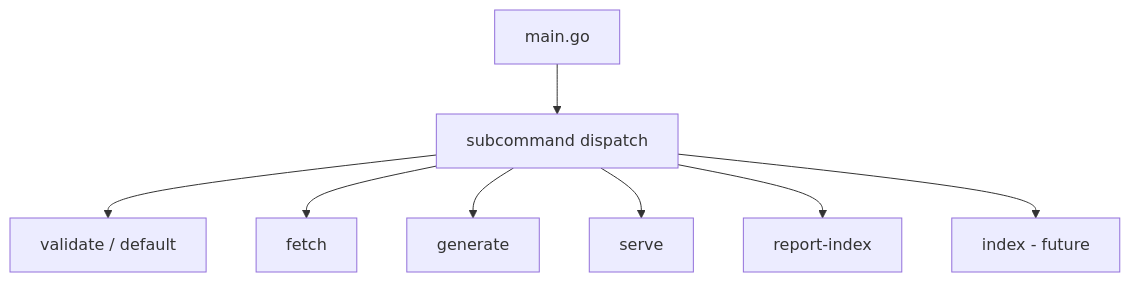
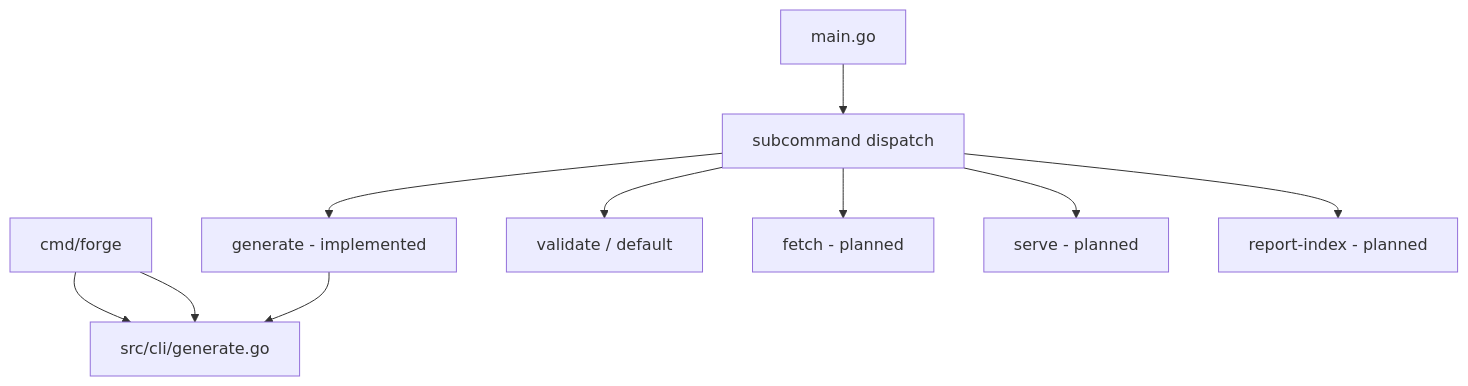
Before and after one commit to ridespirals/vargames-name-gen: the diagram in planning/CLI-STRUCTURE.md, drawn with Mermaid. The commit also changed other lines of this file and 16 other files, not shown here.

````diff
--- a/planning/CLI-STRUCTURE.md
+++ b/planning/CLI-STRUCTURE.md
@@ -27,10 +29,12 @@
 ```mermaid
 flowchart TB
   Main[main.go] --> Dispatch[subcommand dispatch]
+  ForgeBin[cmd/forge] --> GeneratePkg[src/cli/generate.go]
+  Dispatch --> Generate[generate - implemented]
   Dispatch --> Validate[validate / default]
-  Dispatch --> Fetch[fetch]
-  Dispatch --> Generate[generate]
-  Dispatch --> Serve[serve]
-  Dispatch --> ReportIndex[report-index]
-  Dispatch --> Index[index - future]
+  Dispatch --> Fetch[fetch - planned]
+  Dispatch --> Serve[serve - planned]
+  Dispatch --> ReportIndex[report-index - planned]
+  Generate --> GeneratePkg
+  ForgeBin --> GeneratePkg
 ```
````
